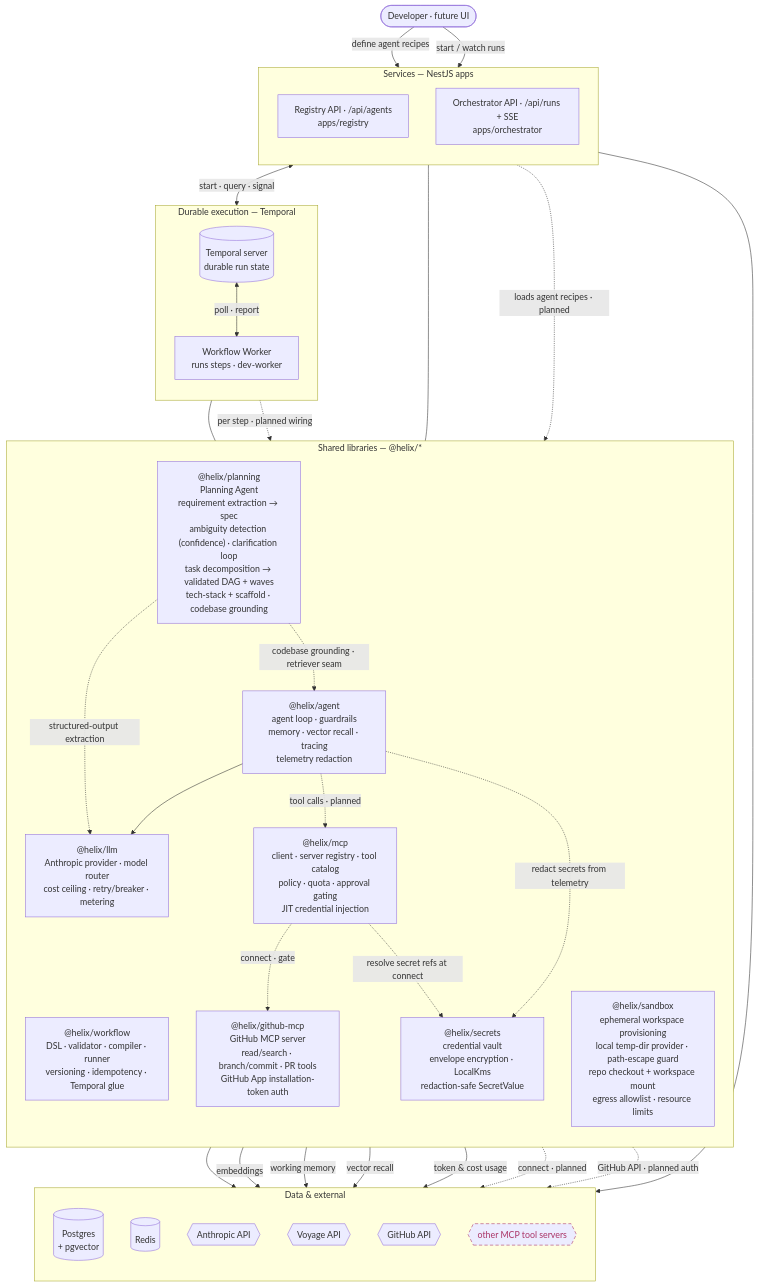
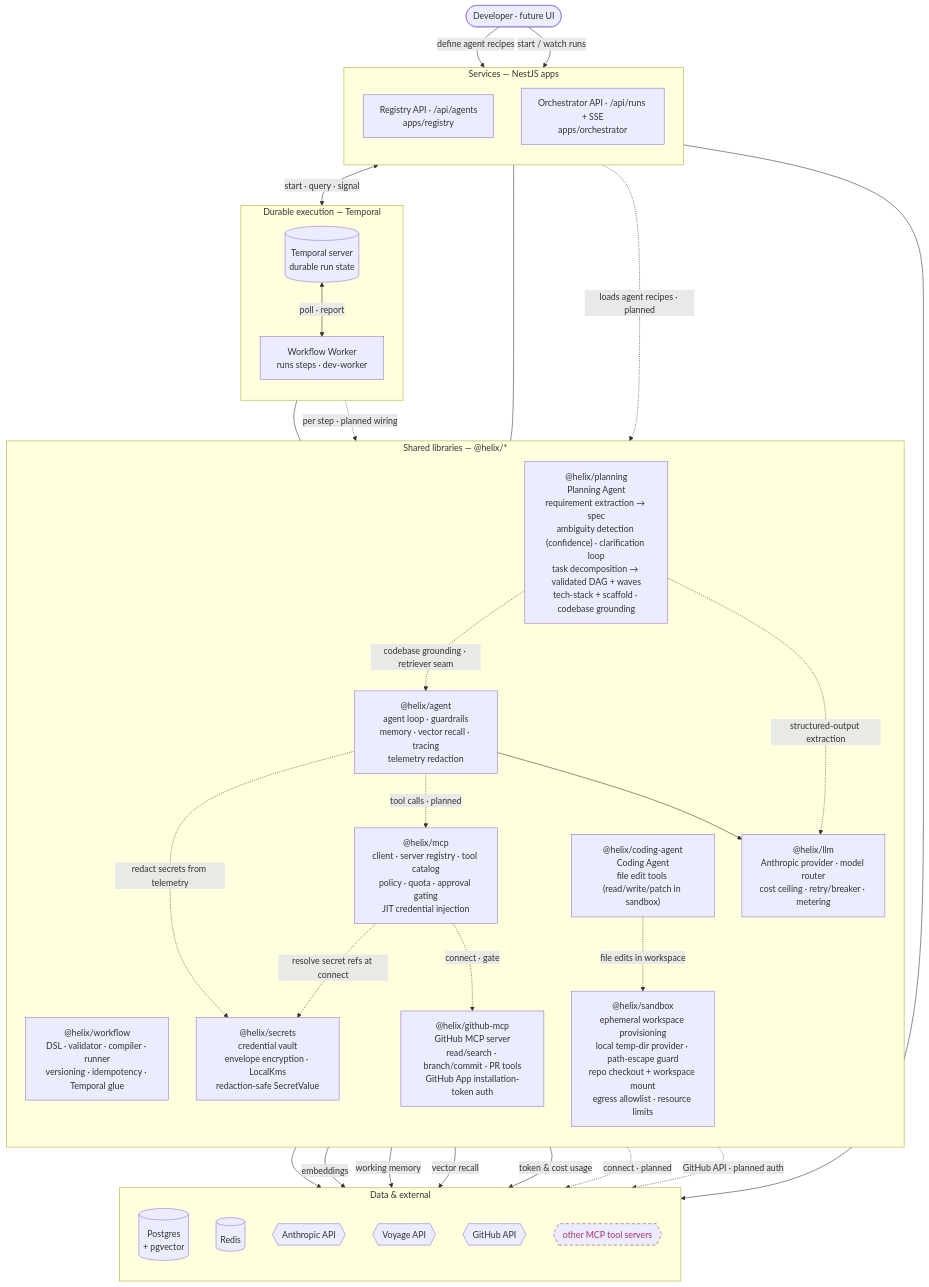
The first of 2 diagrams in docs/ARCHITECTURE.md (shhashhank/helix), drawn with Mermaid before and after one commit. The commit also changed other lines of this file and 13 other files, not shown here.

First line of the commit message:
HELIX-103: file edit tools (read/write/patch) in sandbox (#65)

````diff
--- a/docs/ARCHITECTURE.md
+++ b/docs/ARCHITECTURE.md
@@ -16,65 +16,67 @@
 ```mermaid
 flowchart TB
   user([Developer · future UI])
 
   subgraph svc["Services — NestJS apps"]
     direction TB
     reg["Registry API · /api/agents<br/>apps/registry"]
     orc["Orchestrator API · /api/runs + SSE<br/>apps/orchestrator"]
   end
 
   subgraph dur["Durable execution — Temporal"]
     direction TB
     tmp[("Temporal server<br/>durable run state")]
     wkr["Workflow Worker<br/>runs steps · dev-worker"]
   end
 
   subgraph lib["Shared libraries — @helix/*"]
     direction TB
     wf["@helix/workflow<br/>DSL · validator · compiler · runner<br/>versioning · idempotency · Temporal glue"]
     ag["@helix/agent<br/>agent loop · guardrails<br/>memory · vector recall · tracing<br/>telemetry redaction"]
     lm["@helix/llm<br/>Anthropic provider · model router<br/>cost ceiling · retry/breaker · metering"]
     mc["@helix/mcp<br/>client · server registry · tool catalog<br/>policy · quota · approval gating<br/>JIT credential injection"]
     gh["@helix/github-mcp<br/>GitHub MCP server<br/>read/search · branch/commit · PR tools<br/>GitHub App installation-token auth"]
     sec["@helix/secrets<br/>credential vault<br/>envelope encryption · LocalKms<br/>redaction-safe SecretValue"]
     pl["@helix/planning<br/>Planning Agent<br/>requirement extraction → spec<br/>ambiguity detection (confidence) · clarification loop<br/>task decomposition → validated DAG + waves<br/>tech-stack + scaffold · codebase grounding"]
     sbx["@helix/sandbox<br/>ephemeral workspace provisioning<br/>local temp-dir provider · path-escape guard<br/>repo checkout + workspace mount<br/>egress allowlist · resource limits"]
+    cag["@helix/coding-agent<br/>Coding Agent<br/>file edit tools (read/write/patch in sandbox)"]
   end
 
   subgraph dat["Data & external"]
     direction TB
     pg[("Postgres<br/>+ pgvector")]
     rd[("Redis")]
     an{{Anthropic API}}
     vo{{Voyage API}}
     gha{{GitHub API}}
     ext{{other MCP tool servers}}
   end
 
   user -->|define agent recipes| reg
   user -->|start / watch runs| orc
   reg --> pg
   orc <-->|start · query · signal| tmp
   tmp <-->|poll · report| wkr
   wkr --- wf
   orc --- wf
   wkr -.->|per step · planned wiring| ag
   reg -.->|loads agent recipes · planned| ag
   ag --> lm
   ag -.->|tool calls · planned| mc
   lm --> an
   ag -->|embeddings| vo
   ag -->|working memory| rd
   ag -->|vector recall| pg
   lm -->|token & cost usage| pg
   mc -.->|connect · gate| gh
   mc -.->|connect · planned| ext
   mc -.->|resolve secret refs at connect| sec
   ag -.->|redact secrets from telemetry| sec
   pl -.->|structured-output extraction| lm
   pl -.->|codebase grounding · retriever seam| ag
+  cag -.->|file edits in workspace| sbx
   gh -.->|GitHub API · planned auth| gha
 
   classDef planned stroke-dasharray:6 4,stroke:#a36,color:#a36;
   class ext planned;
 ```
````
